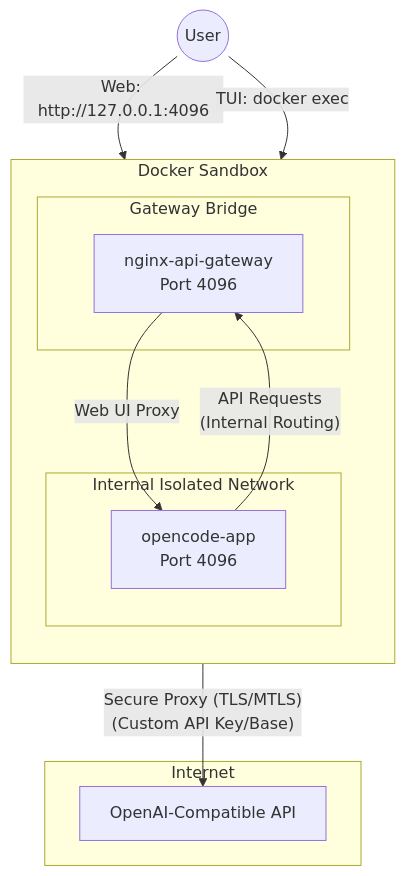
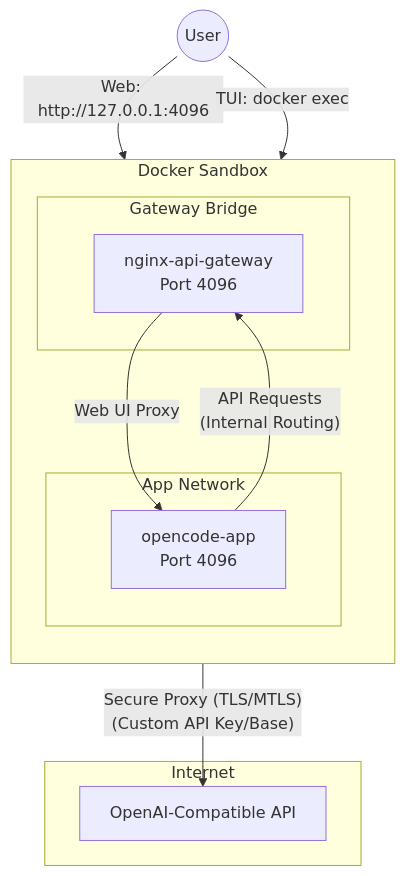
Before and after one commit to Warfront1/opencode-web-openai-docker-sandbox: the diagram in README.md, drawn with Mermaid. The commit also changed other lines of this file and 2 other files, not shown here.

````diff
--- a/README.md
+++ b/README.md
@@ -10,24 +10,24 @@
 ```mermaid
 graph TD
     subgraph Internet
         API[OpenAI-Compatible API]
     end
 
     subgraph "Docker Sandbox"
         direction TB
-        subgraph "Internal Isolated Network"
+        subgraph "App Network"
             OC[opencode-app<br/>Port 4096]
         end
 
         subgraph "Gateway Bridge"
             NG[nginx-api-gateway<br/>Port 4096]
         end
 
         OC -- "API Requests<br/>(Internal Routing)" --> NG
         NG -- "Web UI Proxy" --> OC
     end
 
     NG -- "Secure Proxy (TLS/MTLS)<br/>(Custom API Key/Base)" --> API
     User((User)) -- "Web: http://127.0.0.1:4096" --> NG
     User((User)) -- "TUI: docker exec" --> OC
 ```
````
